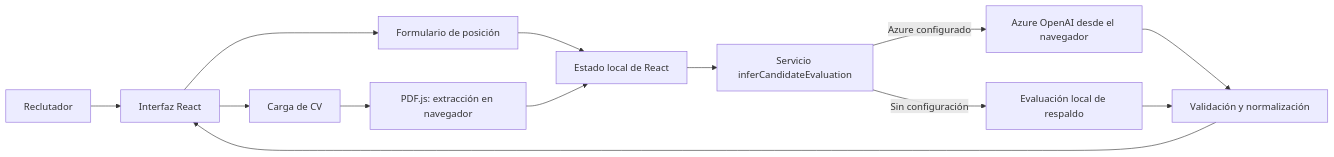
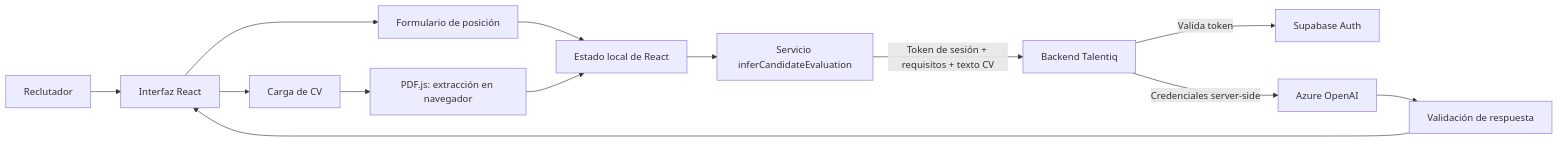
The first of 2 diagrams in documentacion/arquitectura-y-alcance.md (Rafaruiz44/talentiq), drawn with Mermaid before and after one commit. The commit also changed other lines of this file and 15 other files, not shown here.

Commit message:
Anteriormente se exponia la clave de azure, ahora llama al backend

````diff
--- a/documentacion/arquitectura-y-alcance.md
+++ b/documentacion/arquitectura-y-alcance.md
@@ -92,15 +92,15 @@
 ```mermaid
 flowchart LR
     R[Reclutador] --> UI[Interfaz React]
     UI --> F[Formulario de posición]
     UI --> U[Carga de CV]
     U --> PDF[PDF.js: extracción en navegador]
     F --> S[Estado local de React]
     PDF --> S
     S --> E[Servicio inferCandidateEvaluation]
-    E -->|Azure configurado| AOAI[Azure OpenAI desde el navegador]
-    E -->|Sin configuración| FB[Evaluación local de respaldo]
-    AOAI --> V[Validación y normalización]
-    FB --> V
+    E -->|Token de sesión + requisitos + texto CV| API[Backend Talentiq]
+    API -->|Valida token| AUTH[Supabase Auth]
+    API -->|Credenciales server-side| AOAI[Azure OpenAI]
+    AOAI --> V[Validación de respuesta]
     V --> UI
 ```
````
